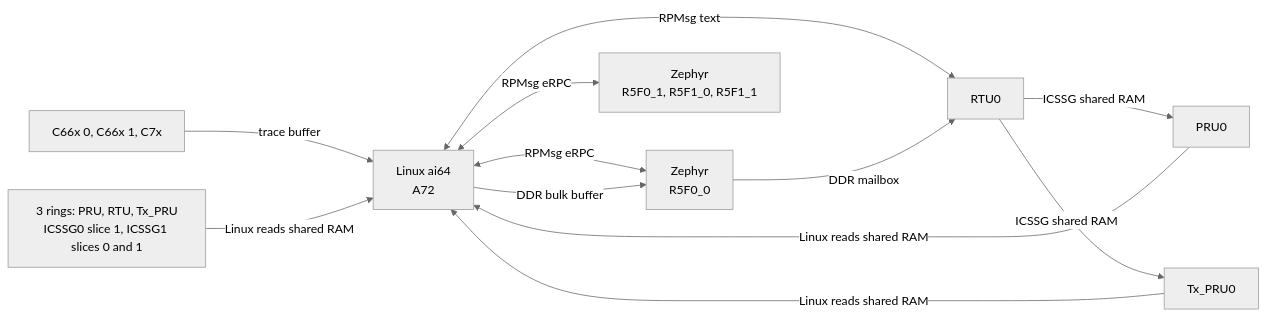
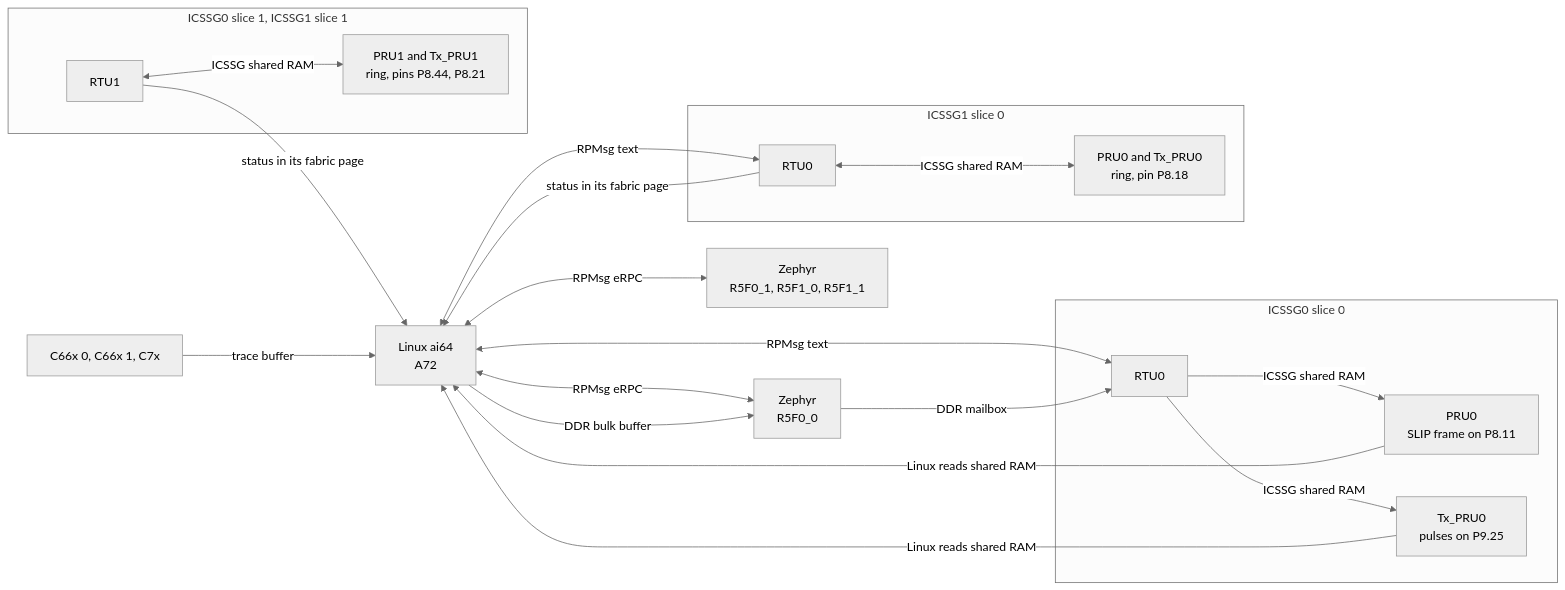
The first of 2 diagrams in README.md (kevinacahalan/BeagleBoneAI64-linux-zephyr-pru-c7x-c66x-demo), drawn with Mermaid (neutral theme) before and after one commit. The commit also changed other lines of this file and 23 other files, not shown here.

First line of the commit message:
Give every ICSSG slice one talking core and two real-time ones

````diff
--- a/README.md
+++ b/README.md
@@ -14,22 +16,35 @@
 ```mermaid
 flowchart LR
   ai64["Linux ai64<br/>A72"]
   r5["Zephyr<br/>R5F0_0"]
   r5b["Zephyr<br/>R5F0_1, R5F1_0, R5F1_1"]
-  rtu0["RTU0"]
-  pru0["PRU0"]
-  tx["Tx_PRU0"]
+  dsp["C66x 0, C66x 1, C7x"]
+  subgraph s00["ICSSG0 slice 0"]
+    rtu0["RTU0"]
+    pru0["PRU0<br/>SLIP frame on P8.11"]
+    tx["Tx_PRU0<br/>pulses on P9.25"]
+  end
+  subgraph s10["ICSSG1 slice 0"]
+    g1rtu0["RTU0"]
+    ring10["PRU0 and Tx_PRU0<br/>ring, pin P8.18"]
+  end
+  subgraph sx1["ICSSG0 slice 1, ICSSG1 slice 1"]
+    rtu1["RTU1"]
+    ringx1["PRU1 and Tx_PRU1<br/>ring, pins P8.44, P8.21"]
+  end
   ai64 <-->|"RPMsg eRPC"| r5
   ai64 <-->|"RPMsg eRPC"| r5b
   ai64 -->|"DDR bulk buffer"| r5
   ai64 <-->|"RPMsg text"| rtu0
   r5 -->|"DDR mailbox"| rtu0
   rtu0 -->|"ICSSG shared RAM"| pru0
   rtu0 -->|"ICSSG shared RAM"| tx
   pru0 -->|"Linux reads shared RAM"| ai64
   tx -->|"Linux reads shared RAM"| ai64
-  dsp["C66x 0, C66x 1, C7x"]
+  ai64 <-->|"RPMsg text"| g1rtu0
+  g1rtu0 <-->|"ICSSG shared RAM"| ring10
+  rtu1 <-->|"ICSSG shared RAM"| ringx1
+  g1rtu0 -->|"status in its fabric page"| ai64
+  rtu1 -->|"status in its fabric page"| ai64
   dsp -->|"trace buffer"| ai64
-  rings["3 rings: PRU, RTU, Tx_PRU<br/>ICSSG0 slice 1, ICSSG1 slices 0 and 1"]
-  rings -->|"Linux reads shared RAM"| ai64
 ```
````
